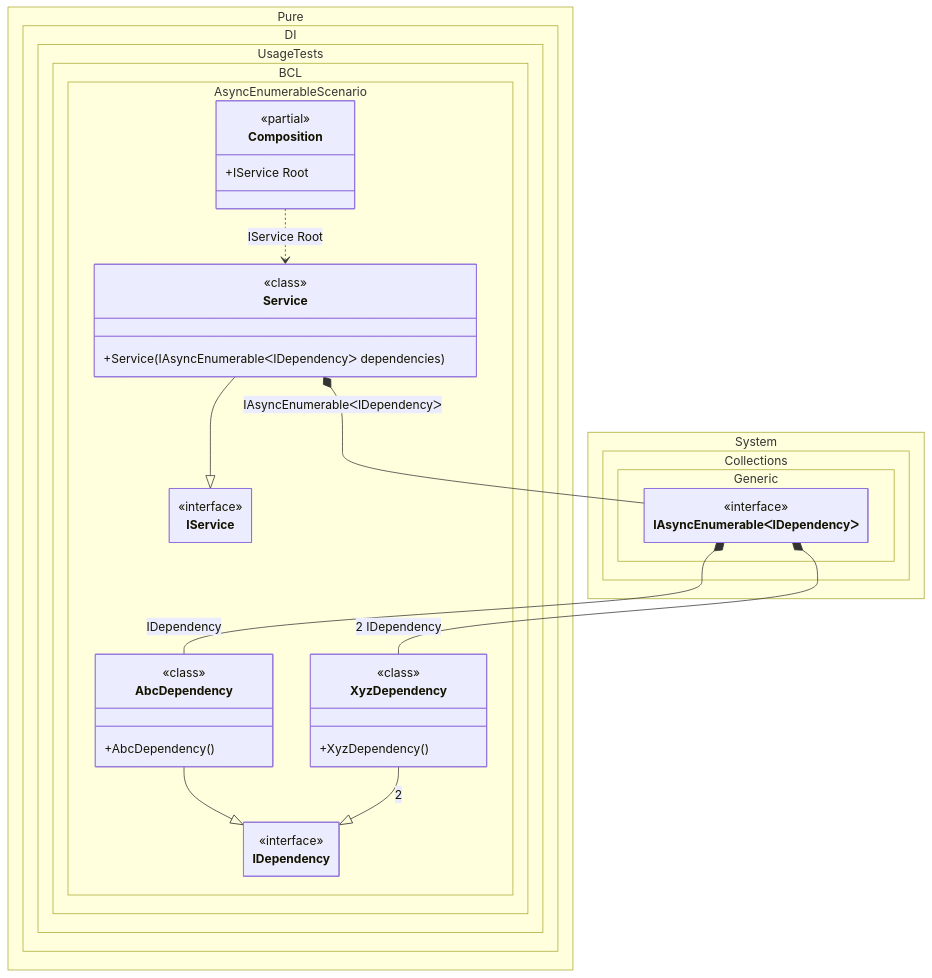
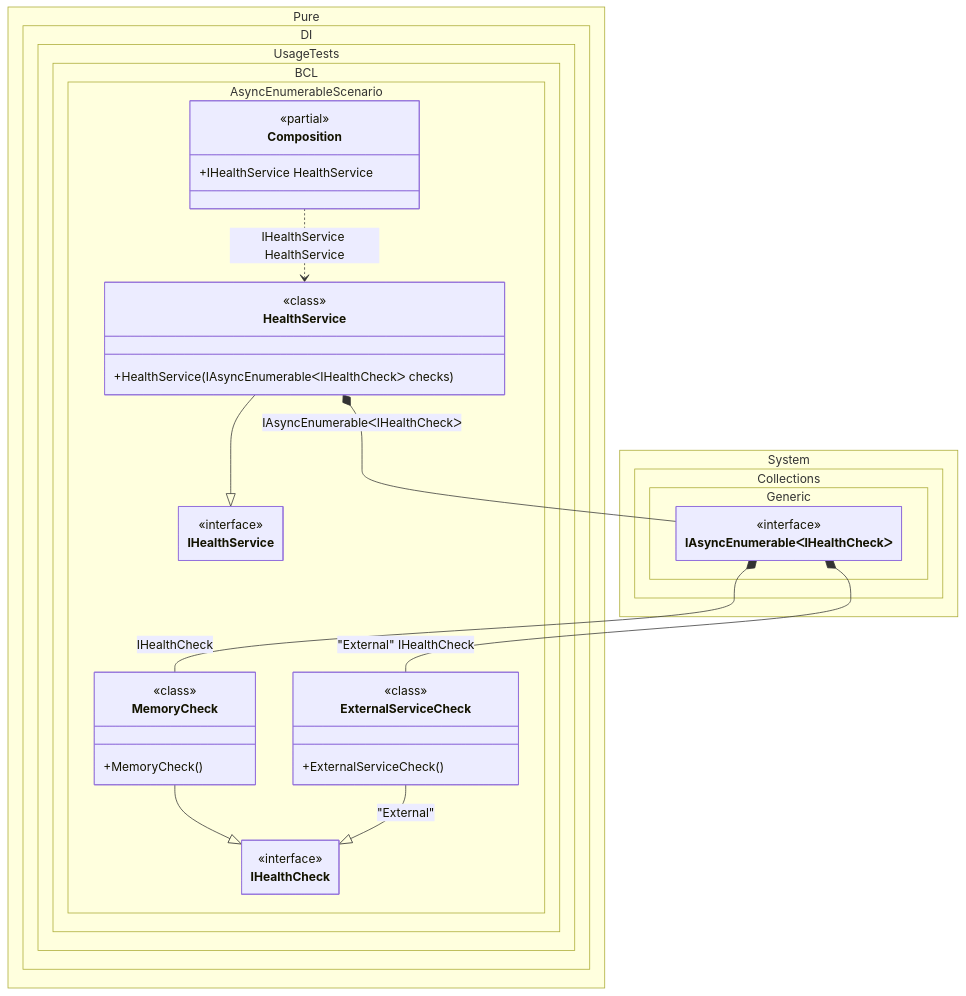
One commit to DevTeam/Pure.DI changed the diagram in readme/async-enumerable.md. Above: the diagram before and after it, drawn with Mermaid. The commit also changed other lines of this file and 126 other files, not shown here.

````diff
--- a/readme/async-enumerable.md
+++ b/readme/async-enumerable.md
@@ -112,46 +113,46 @@
 ```mermaid
 ---
  config:
   maxTextSize: 2147483647
   maxEdges: 2147483647
   class:
    hideEmptyMembersBox: true
 ---
 classDiagram
-	AbcDependency --|> IDependency
-	XyzDependency --|> IDependency : 2 
-	Service --|> IService
-	Composition ..> Service : IService Root
-	Service *--  IAsyncEnumerableᐸIDependencyᐳ : IAsyncEnumerableᐸIDependencyᐳ
-	IAsyncEnumerableᐸIDependencyᐳ *--  AbcDependency : IDependency
-	IAsyncEnumerableᐸIDependencyᐳ *--  XyzDependency : 2  IDependency
+	MemoryCheck --|> IHealthCheck
+	ExternalServiceCheck --|> IHealthCheck : "External" 
+	HealthService --|> IHealthService
+	Composition ..> HealthService : IHealthService HealthService
+	HealthService *--  IAsyncEnumerableᐸIHealthCheckᐳ : IAsyncEnumerableᐸIHealthCheckᐳ
+	IAsyncEnumerableᐸIHealthCheckᐳ *--  MemoryCheck : IHealthCheck
+	IAsyncEnumerableᐸIHealthCheckᐳ *--  ExternalServiceCheck : "External"  IHealthCheck
 	namespace Pure.DI.UsageTests.BCL.AsyncEnumerableScenario {
-		class AbcDependency {
-				<<class>>
-			+AbcDependency()
-		}
 		class Composition {
 		<<partial>>
-		+IService Root
+		+IHealthService HealthService
 		}
-		class IDependency {
+		class ExternalServiceCheck {
+				<<class>>
+			+ExternalServiceCheck()
+		}
+		class HealthService {
+				<<class>>
+			+HealthService(IAsyncEnumerableᐸIHealthCheckᐳ checks)
+		}
+		class IHealthCheck {
 			<<interface>>
 		}
-		class IService {
+		class IHealthService {
 			<<interface>>
 		}
-		class Service {
+		class MemoryCheck {
 				<<class>>
-			+Service(IAsyncEnumerableᐸIDependencyᐳ dependencies)
-		}
-		class XyzDependency {
-				<<class>>
-			+XyzDependency()
+			+MemoryCheck()
 		}
 	}
 	namespace System.Collections.Generic {
-		class IAsyncEnumerableᐸIDependencyᐳ {
+		class IAsyncEnumerableᐸIHealthCheckᐳ {
 				<<interface>>
 		}
 	}
 ```
````
